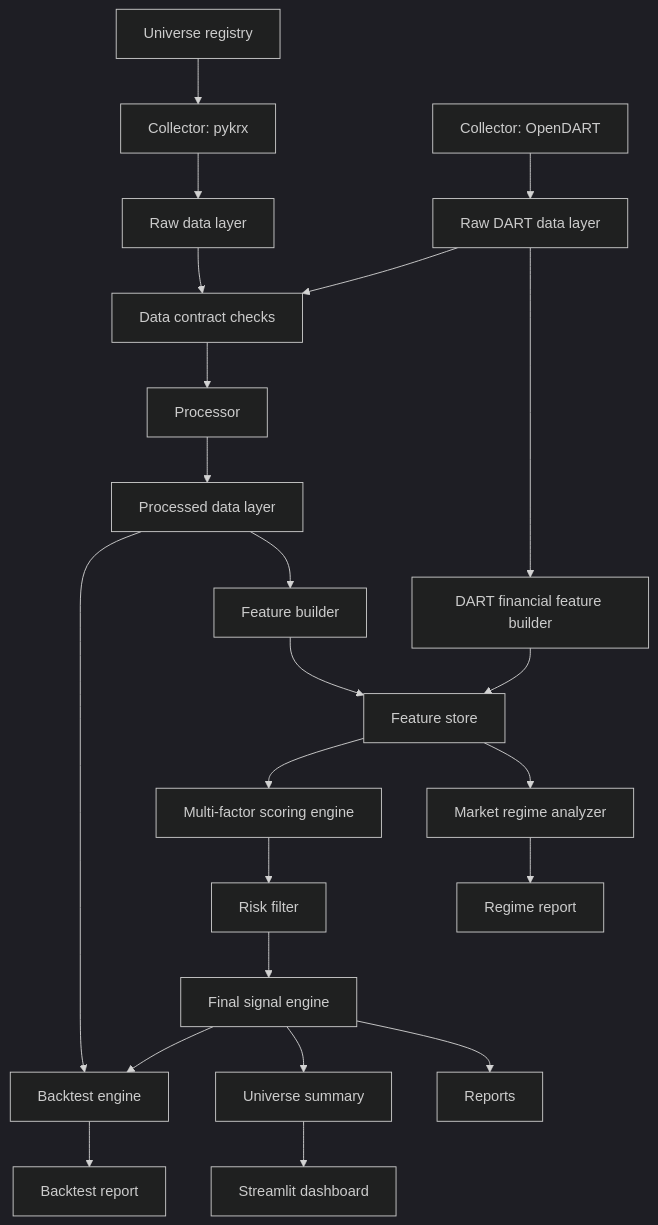
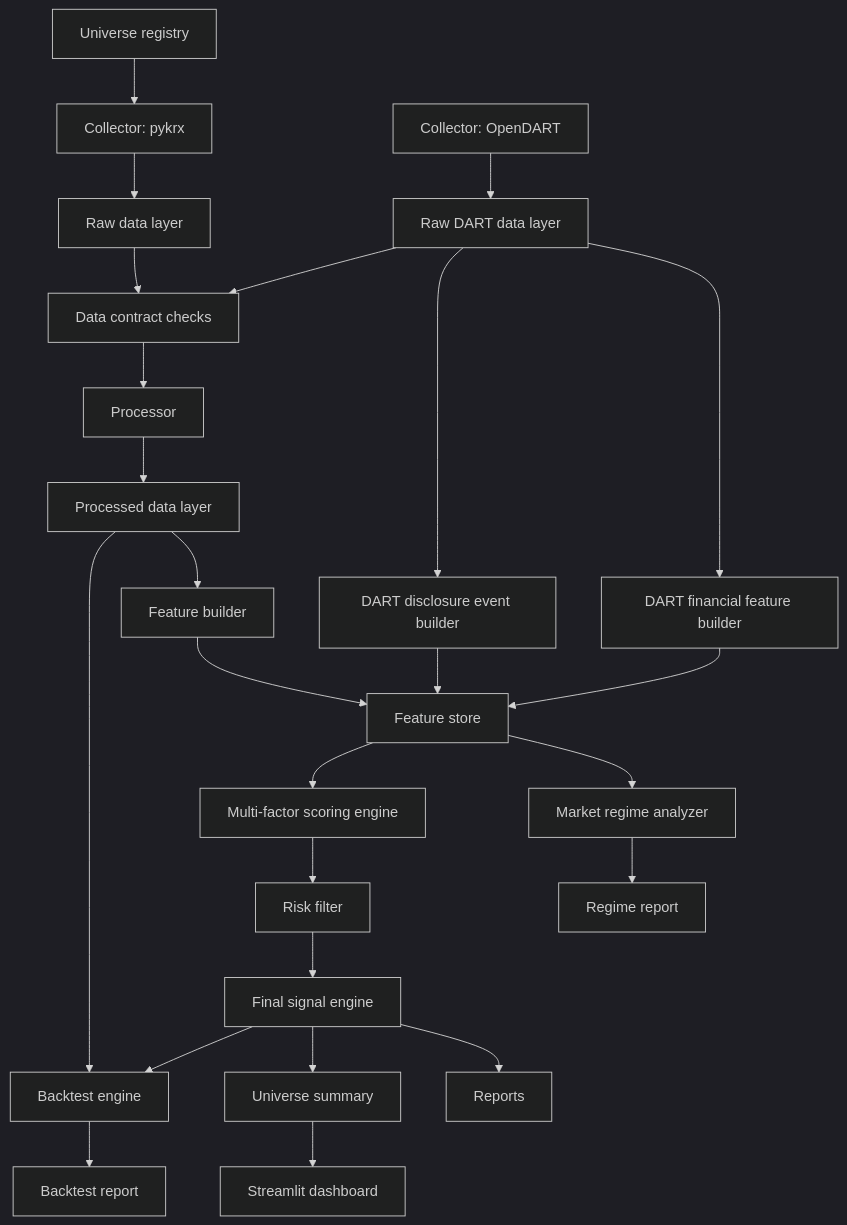
The diagram in docs/architecture.md (pkb0728-lgtm/krx-alpha-platform), drawn with Mermaid (dark theme) before and after one commit. The commit also changed other lines of this file and 28 other files, not shown here.

Commit message:
Add disclosure event scoring

````diff
--- a/docs/architecture.md
+++ b/docs/architecture.md
@@ -11,25 +11,27 @@
 ```mermaid
 flowchart TD
     U["Universe registry"] --> A
     A["Collector: pykrx"] --> B["Raw data layer"]
     X["Collector: OpenDART"] --> Y["Raw DART data layer"]
     Y --> Z["DART financial feature builder"]
+    Y --> V["DART disclosure event builder"]
     Z --> G
+    V --> G
     B --> C["Data contract checks"]
     Y --> C
     C --> D["Processor"]
     D --> E["Processed data layer"]
     E --> F["Feature builder"]
     F --> G["Feature store"]
     G --> R["Market regime analyzer"]
     G --> H["Multi-factor scoring engine"]
     H --> I["Risk filter"]
     I --> J["Final signal engine"]
     J --> K["Reports"]
     J --> L["Universe summary"]
     L --> M["Streamlit dashboard"]
     J --> N["Backtest engine"]
     E --> N
     N --> O["Backtest report"]
     R --> P["Regime report"]
 ```
````
